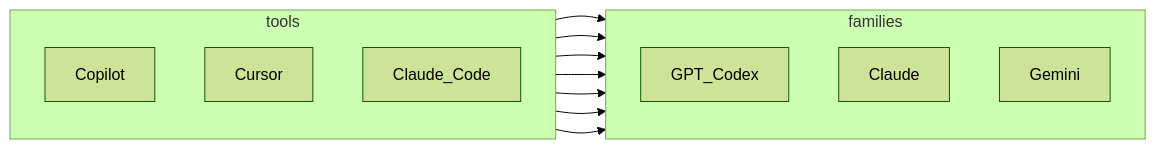
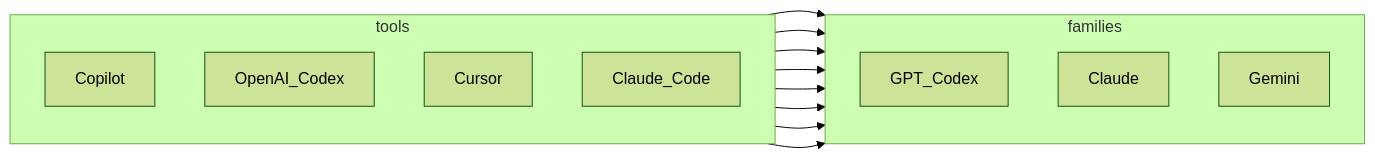
The diagram in docs/_posts/mainstream-ai-coding-tools-comparison.md (zhaofutao04/zblog), drawn with Mermaid (forest theme) before and after one commit. The commit also changed other lines of this file, not shown here.

First line of the commit message:
docs: 订正 OpenAI Codex 为 CLI/IDE/云端产品线，区分工具与 Copilot 内模型档位

````diff
--- a/docs/_posts/mainstream-ai-coding-tools-comparison.md
+++ b/docs/_posts/mainstream-ai-coding-tools-comparison.md
@@ -106,22 +117,24 @@
 ```mermaid
 flowchart LR
   subgraph tools
     direction TB
     CP[Copilot]
+    ODC[OpenAI_Codex]
     CR[Cursor]
     CC[Claude_Code]
   end
   subgraph families
     direction TB
     GC[GPT_Codex]
     CL[Claude]
     GM[Gemini]
   end
   CP --> GC
   CP --> CL
   CP --> GM
+  ODC --> GC
   CR --> GC
   CR --> CL
   CR --> GM
   CC --> CL
 ```
````
